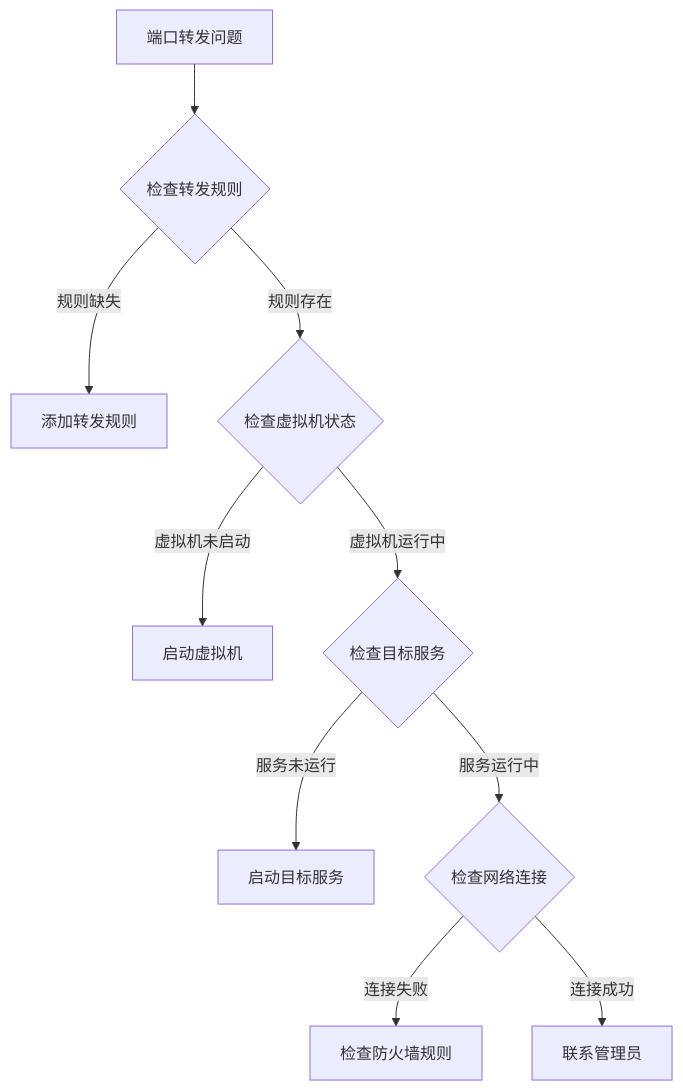
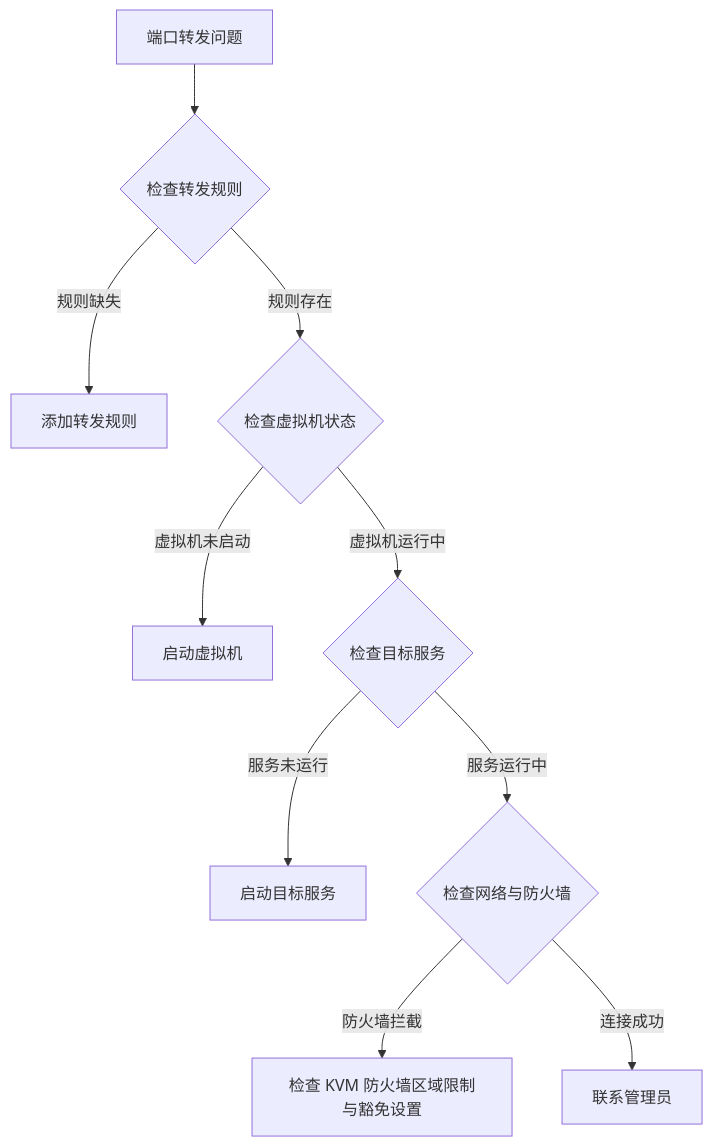
The second of 2 diagrams in docs/network/port-forward.mdx (QVMConsole/docs), drawn with Mermaid before and after one commit. The commit also changed other lines of this file and 37 other files, not shown here.

````diff
--- a/docs/network/port-forward.mdx
+++ b/docs/network/port-forward.mdx
@@ -366,12 +189,12 @@
 ```mermaid
 graph TD
     A[端口转发问题] --> B{检查转发规则}
     B -->|规则缺失| C[添加转发规则]
     B -->|规则存在| D{检查虚拟机状态}
     D -->|虚拟机未启动| E[启动虚拟机]
     D -->|虚拟机运行中| F{检查目标服务}
     F -->|服务未运行| G[启动目标服务]
-    F -->|服务运行中| H{检查网络连接}
-    H -->|连接失败| I[检查防火墙规则]
+    F -->|服务运行中| H{检查网络与防火墙}
+    H -->|防火墙拦截| I[检查 KVM 防火墙区域限制与豁免设置]
     H -->|连接成功| J[联系管理员]
 ```
````
